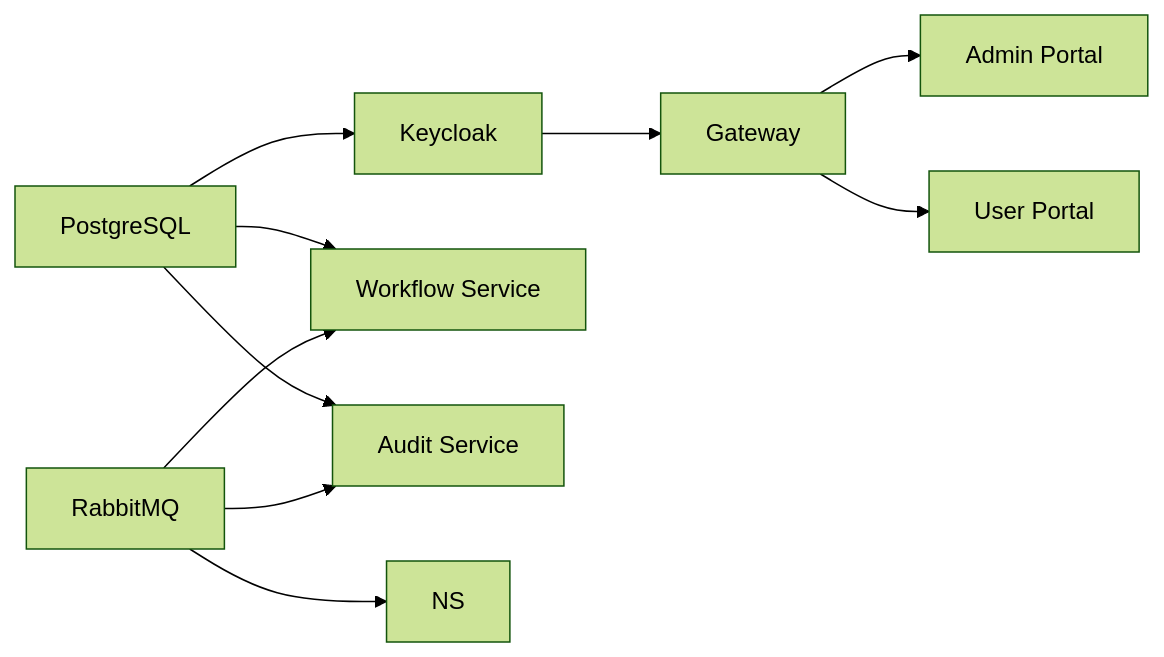
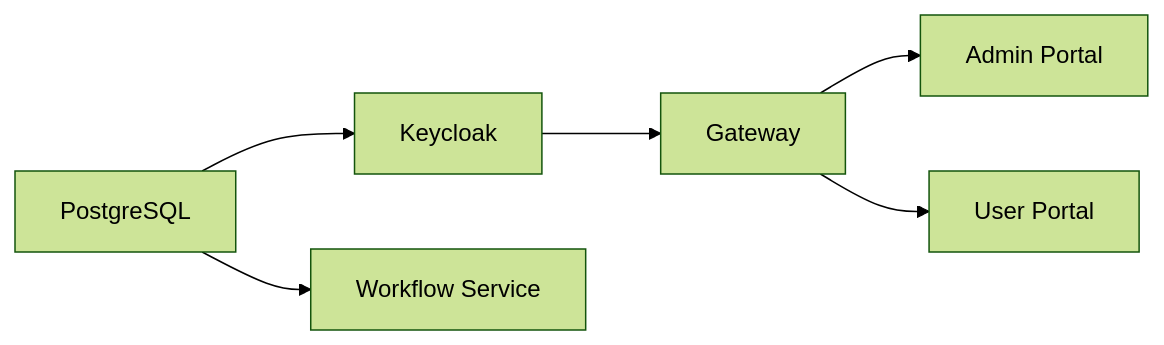
Before and after one commit to mszalus/workflow-platform: the second of 6 diagrams in docs/architecture/c4-deployment.md, drawn with Mermaid (forest theme). The commit also changed other lines of this file and 101 other files, not shown here.

First line of the commit message:
feat(workflow): fold audit-service into workflow-service and remove RabbitMQ

````diff
--- a/docs/architecture/c4-deployment.md
+++ b/docs/architecture/c4-deployment.md
@@ -43,12 +39,8 @@
 ```mermaid
 flowchart LR
     PG[PostgreSQL] --> KC[Keycloak]
     PG --> WF[Workflow Service]
-    PG --> AS[Audit Service]
-    RMQ[RabbitMQ] --> WF
-    RMQ --> NS
-    RMQ --> AS
     KC --> GW[Gateway]
     GW --> AP[Admin Portal]
     GW --> UP[User Portal]
 ```
````
